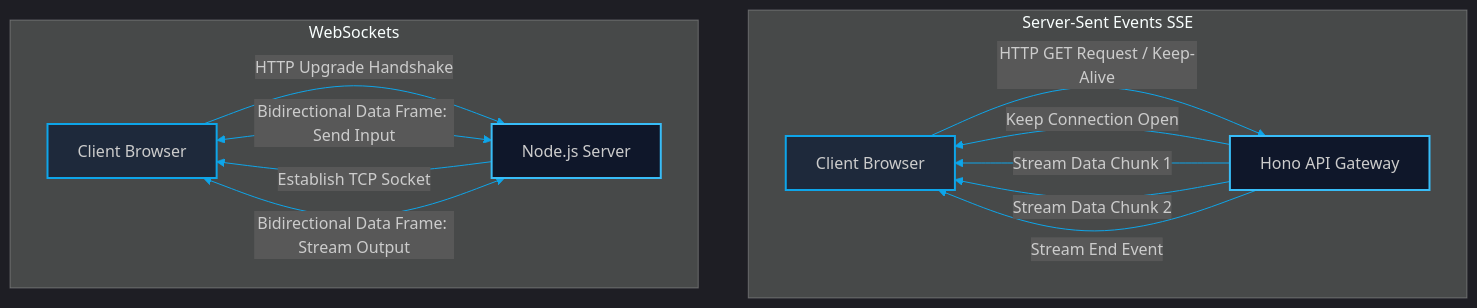
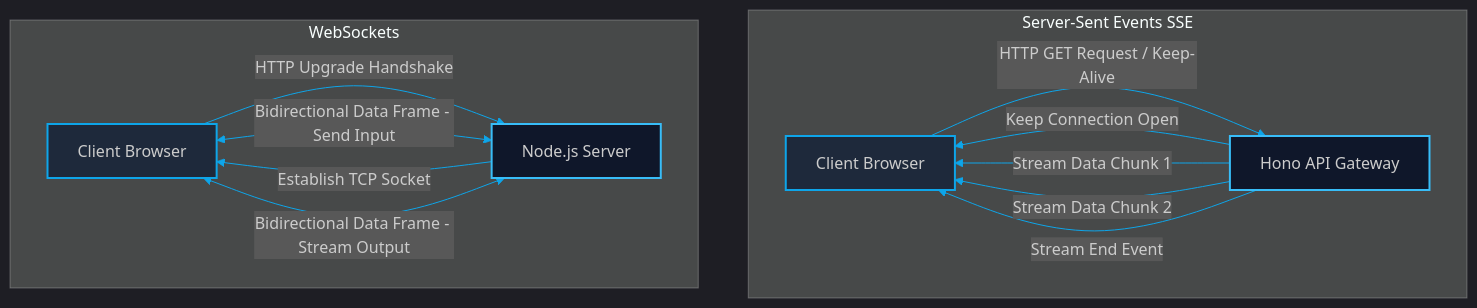
One commit to akmalkhaniub/akmalkhaniub.github.io changed the diagram in blog/posts/real-time-token-streaming-sse-websockets.md. Above: the diagram before and after it, drawn with Mermaid. The commit also changed other lines of this file and 411 other files, not shown here.

````diff
--- a/blog/posts/real-time-token-streaming-sse-websockets.md
+++ b/blog/posts/real-time-token-streaming-sse-websockets.md
@@ -25,23 +29,23 @@
 ```mermaid
 %%{init: {'theme': 'dark', 'themeVariables': { 'primaryColor': '#0ea5e9', 'primaryTextColor': '#f3f4f6', 'primaryBorderColor': '#38bdf8', 'lineColor': '#0ea5e9', 'secondaryColor': '#111827', 'tertiaryColor': '#111827'}}}%%
-graph TD
+flowchart TD
     subgraph SG1_ServerSentEvents ["Server-Sent Events SSE"]
         A[Client Browser] -->|HTTP GET Request / Keep-Alive| B[Hono API Gateway]
         B -->|Keep Connection Open| A
         B -->|Stream Data Chunk 1| A
         B -->|Stream Data Chunk 2| A
         B -->|Stream End Event| A
     end
     
     subgraph WebSockets
         C[Client Browser] -->|HTTP Upgrade Handshake| D[Node.js Server]
         D -->|Establish TCP Socket| C
-        C <-->|Bidirectional Data Frame: Send Input| D
-        D <-->|Bidirectional Data Frame: Stream Output| C
+        C <-->|Bidirectional Data Frame - Send Input| D
+        D <-->|Bidirectional Data Frame - Stream Output| C
     end
 
     style A fill:#1e293b,stroke:#0ea5e9,stroke-width:2px
     style B fill:#0f172a,stroke:#38bdf8,stroke-width:2px
     style C fill:#1e293b,stroke:#0ea5e9,stroke-width:2px
     style D fill:#0f172a,stroke:#38bdf8,stroke-width:2px
 ```
````
